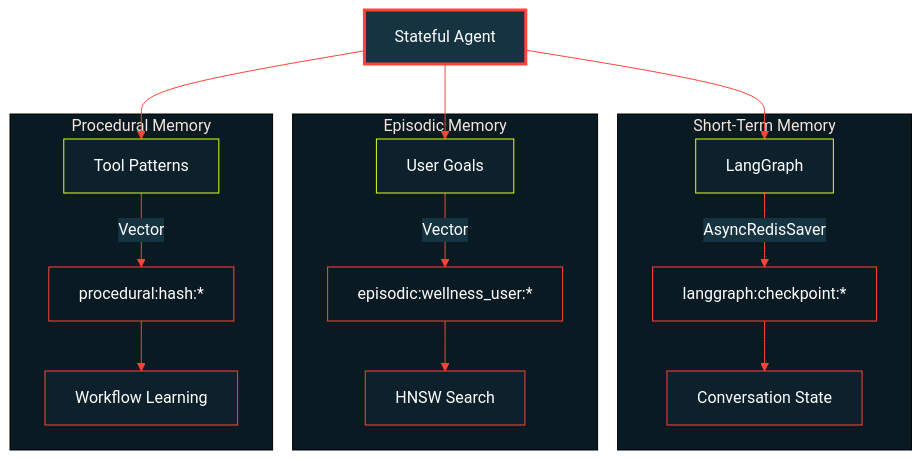
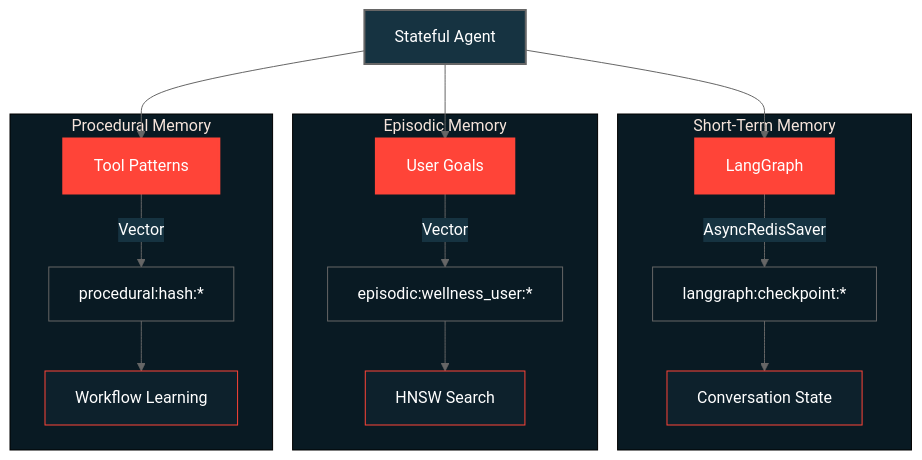
The fourth of 4 diagrams in docs/11_REDIS_PATTERNS.md (AllieRays/redis-wellness), drawn with Mermaid before and after one commit. The commit also changed other lines of this file and 12 other files, not shown here.

````diff
--- a/docs/11_REDIS_PATTERNS.md
+++ b/docs/11_REDIS_PATTERNS.md
@@ -387,30 +387,30 @@
 ```mermaid
-%%{init: {'theme':'base', 'themeVariables': { 'primaryColor':'#0d212c', 'primaryTextColor':'#fff', 'primaryBorderColor':'#ff4438', 'lineColor':'#ff4438', 'secondaryColor':'#163341', 'tertiaryColor':'#091a23'}}}%%
+%%{init: {'theme':'base', 'themeVariables': { 'primaryColor':'#0d212c', 'primaryTextColor':'#fff', 'primaryBorderColor':'#ff4438', 'lineColor':'#666', 'secondaryColor':'#163341', 'tertiaryColor':'#091a23'}}}%%
 graph TB
     subgraph "Short-Term Memory"
     A[LangGraph] -->|AsyncRedisSaver| B[langgraph:checkpoint:*]
     B --> B1[Conversation State]
     end
 
     subgraph "Episodic Memory"
     C[User Goals] -->|Vector| D[episodic:wellness_user:*]
     D --> D1[HNSW Search]
     end
 
     subgraph "Procedural Memory"
     E[Tool Patterns] -->|Vector| F[procedural:hash:*]
     F --> F1[Workflow Learning]
     end
 
     G[Stateful Agent] --> A
     G --> C
     G --> E
 
-    style A fill:#0d212c,stroke:#dcff1e,color:#fff
-    style C fill:#0d212c,stroke:#dcff1e,color:#fff
-    style E fill:#0d212c,stroke:#dcff1e,color:#fff
-    style G fill:#163341,stroke:#ff4438,color:#fff,stroke-width:3px
-    style B fill:#091a23,stroke:#ff4438,color:#fff
-    style D fill:#091a23,stroke:#ff4438,color:#fff
-    style F fill:#091a23,stroke:#ff4438,color:#fff
+    style A fill:#ff4438,stroke:#ff4438,color:#fff,stroke-width:3px
+    style C fill:#ff4438,stroke:#ff4438,color:#fff,stroke-width:3px
+    style E fill:#ff4438,stroke:#ff4438,color:#fff,stroke-width:3px
+    style G fill:#163341,stroke:#666,color:#fff,stroke-width:2px
+    style B fill:#091a23,stroke:#666,color:#fff
+    style D fill:#091a23,stroke:#666,color:#fff
+    style F fill:#091a23,stroke:#666,color:#fff
 ```
````
